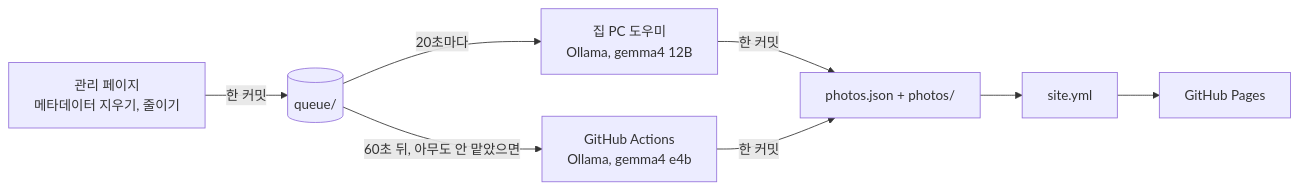
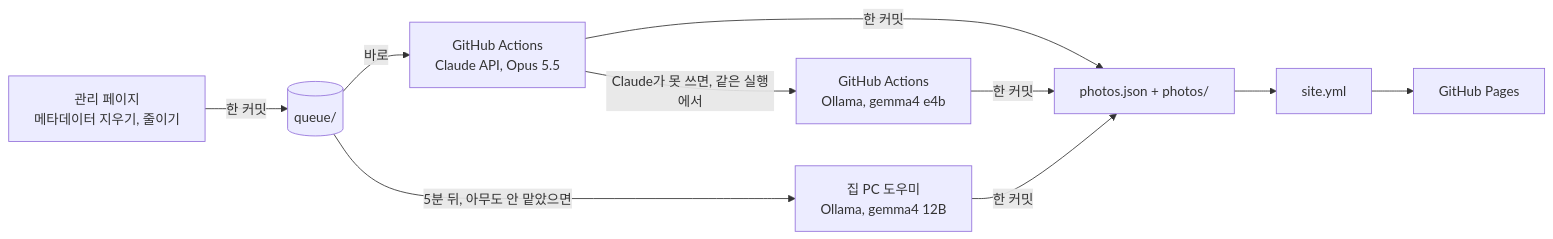
The first of 2 diagrams in README.ko.md (HPotty36/across-gallery), drawn with Mermaid before and after one commit. The commit also changed other lines of this file and 3 other files, not shown here.

Commit message:
Docs: Claude drafting, Ollama fallback, API key setup

````diff
--- a/README.ko.md
+++ b/README.ko.md
@@ -53,9 +54,11 @@
 ```mermaid
 flowchart LR
   A["관리 페이지<br/>메타데이터 지우기, 줄이기"] -->|"한 커밋"| Q[("queue/")]
-  Q -->|"20초마다"| PC["집 PC 도우미<br/>Ollama, gemma4 12B"]
-  Q -->|"60초 뒤, 아무도 안 맡았으면"| GH["GitHub Actions<br/>Ollama, gemma4 e4b"]
-  PC -->|"한 커밋"| P["photos.json + photos/"]
-  GH -->|"한 커밋"| P
+  Q -->|"바로"| C["GitHub Actions<br/>Claude API, Opus 5.5"]
+  C -->|"Claude가 못 쓰면, 같은 실행에서"| E["GitHub Actions<br/>Ollama, gemma4 e4b"]
+  Q -->|"5분 뒤, 아무도 안 맡았으면"| PC["집 PC 도우미<br/>Ollama, gemma4 12B"]
+  C -->|"한 커밋"| P["photos.json + photos/"]
+  E -->|"한 커밋"| P
+  PC -->|"한 커밋"| P
   P --> S["site.yml"] --> G["GitHub Pages"]
 ```
````
